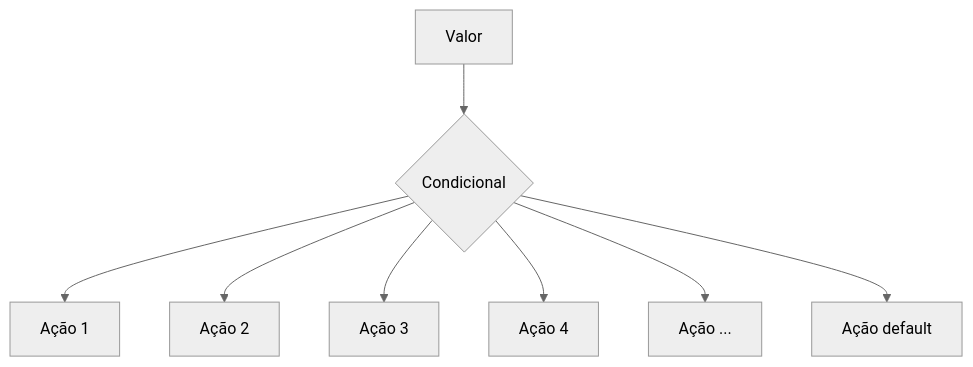
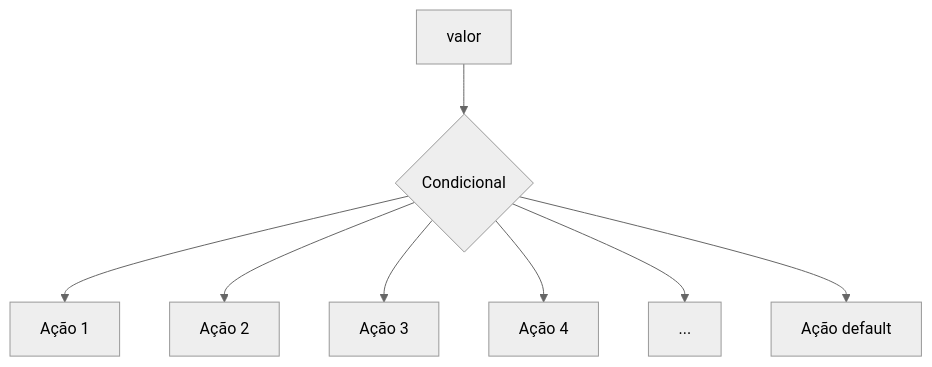
Before and after one commit to FelipeScalfi/BackEnd: the fifth of 14 diagrams in README.md, drawn with Mermaid (neutral theme). The commit also changed other lines of this file and 29 other files, not shown here.

````diff
--- a/README.md
+++ b/README.md
@@ -330,12 +322,12 @@
 ```mermaid
 
 graph TD
-    A[Valor] --> B{Condicional}
+    A[valor] --> B{Condicional}
     B --> C[Ação 1]
     B --> D[Ação 2]
     B --> E[Ação 3]
     B --> F[Ação 4]
-    B --> G[Ação ...]
+    B --> G[...]
     B --> H[Ação default]
-
+    
 ```
````
